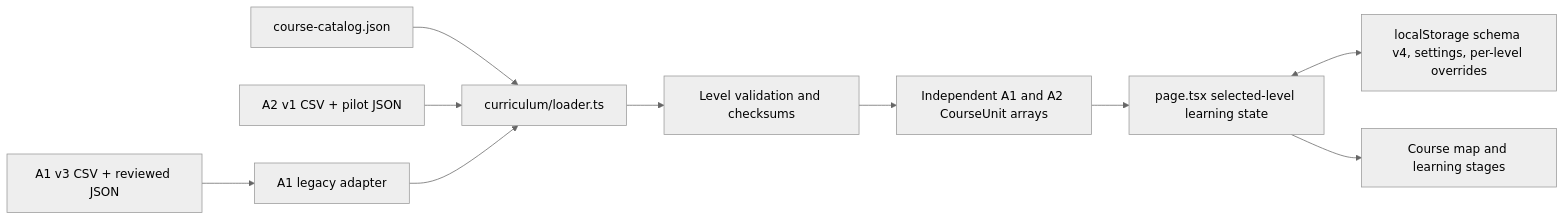
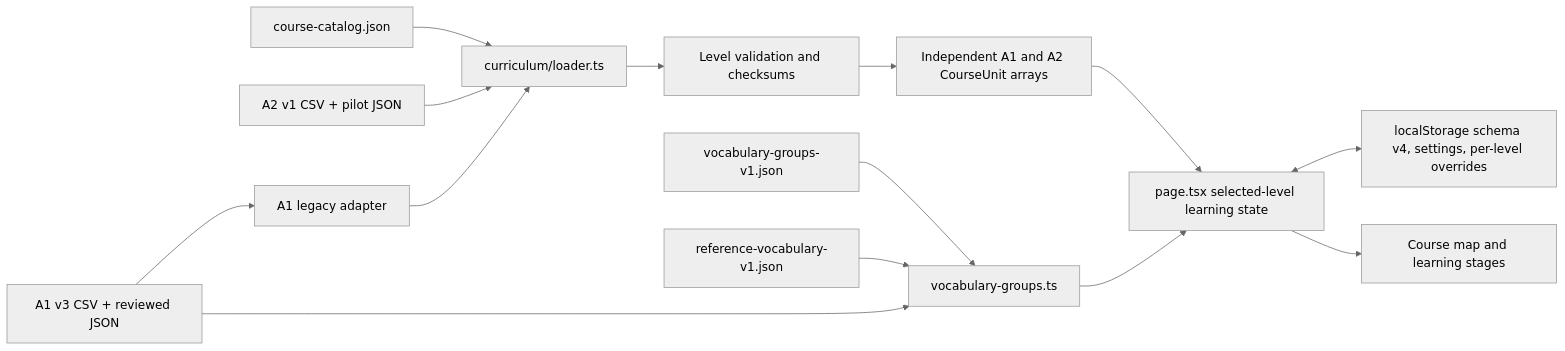
One commit to ej04520yjo4/EnglishWeb changed the first of 2 diagrams in ARCHITECTURE.md. Above: the diagram before and after it, drawn with Mermaid (neutral theme). The commit also changed other lines of this file and 7 other files, not shown here.

````diff
--- a/ARCHITECTURE.md
+++ b/ARCHITECTURE.md
@@ -9,12 +9,16 @@
 ```mermaid
 flowchart LR
   Catalog["course-catalog.json"] --> LevelLoader["curriculum/loader.ts"]
   A1["A1 v3 CSV + reviewed JSON"] --> Adapter["A1 legacy adapter"]
   A2["A2 v1 CSV + pilot JSON"] --> LevelLoader
+  Groups["vocabulary-groups-v1.json"] --> Vocabulary["vocabulary-groups.ts"]
+  Reference["reference-vocabulary-v1.json"] --> Vocabulary
+  A1 --> Vocabulary
   Adapter --> LevelLoader
   LevelLoader --> Validate["Level validation and checksums"]
   Validate --> Units["Independent A1 and A2 CourseUnit arrays"]
   Units --> Page["page.tsx selected-level learning state"]
+  Vocabulary --> Page
   Page <--> Storage["localStorage schema v4, settings, per-level overrides"]
   Page --> UI["Course map and learning stages"]
 ```
````
